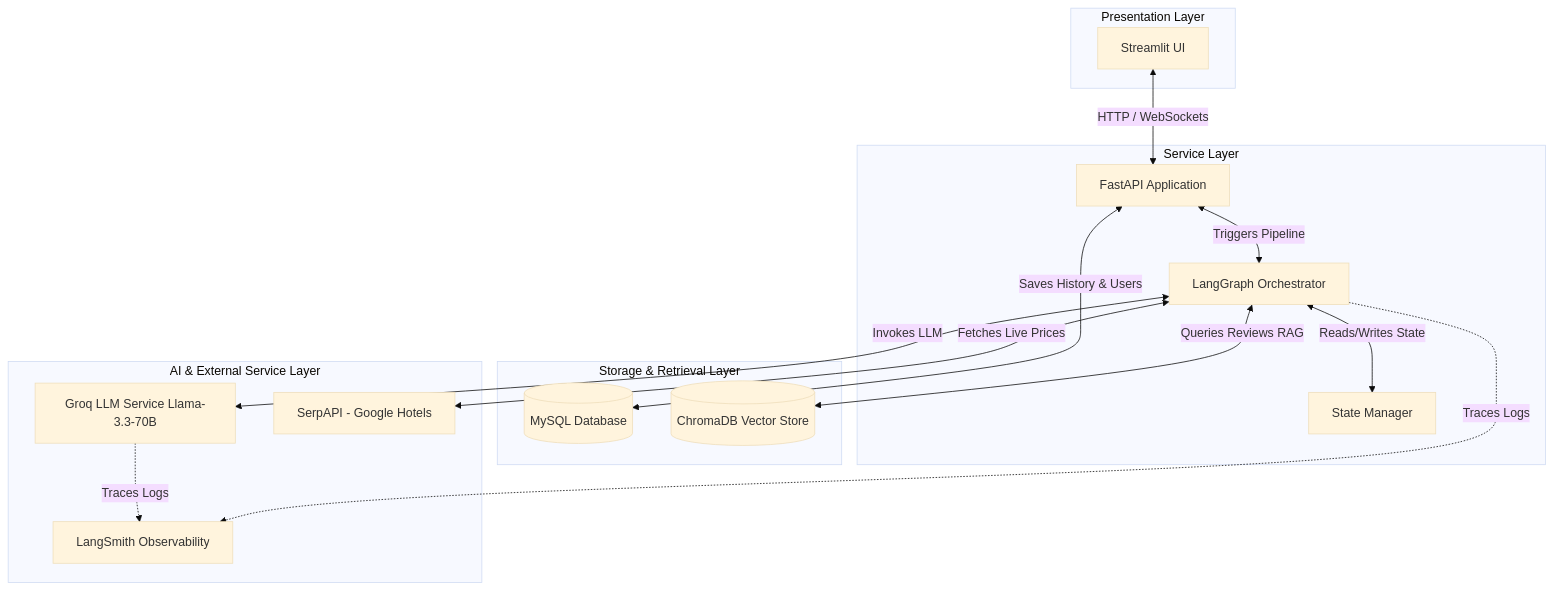
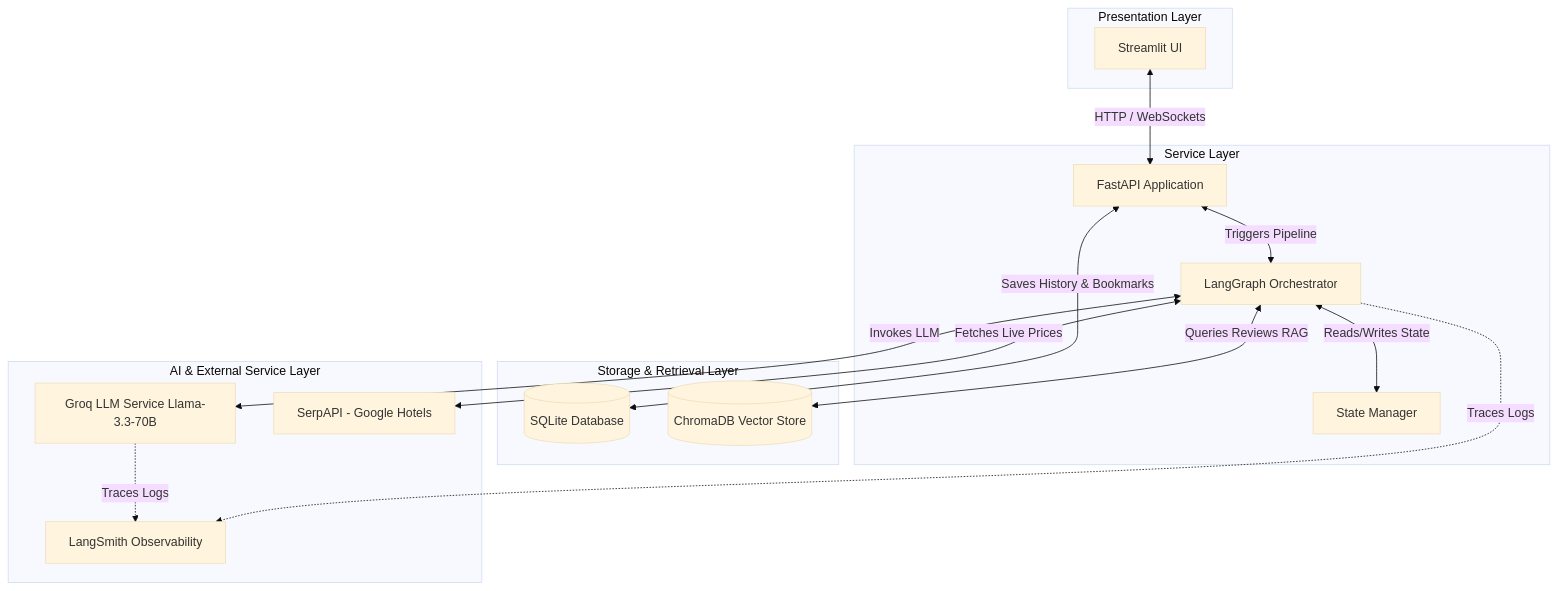
The first of 2 diagrams in README.md (bittush8789/Multi-Agent-Hotel-Recommendation-Platform), drawn with Mermaid (base theme) before and after one commit. The commit also changed other lines of this file and 2 other files, not shown here.

````diff
--- a/README.md
+++ b/README.md
@@ -49,38 +55,38 @@
 ```mermaid
 graph TD
     %% Frontend Layer
     subgraph Frontend [Presentation Layer]
         A[Streamlit UI]
     end
 
     %% API Gateway & Backend
     subgraph Backend [Service Layer]
         B[FastAPI Application]
         C[LangGraph Orchestrator]
         D[State Manager]
     end
 
     %% Storage & Vector DB
     subgraph Database [Storage & Retrieval Layer]
-        E[(MySQL Database)]
+        E[(SQLite Database)]
         F[(ChromaDB Vector Store)]
     end
 
     %% External APIs & AI Engine
     subgraph Engine [AI & External Service Layer]
         G[Groq LLM Service Llama-3.3-70B]
         H[SerpAPI - Google Hotels]
         I[LangSmith Observability]
     end
 
     %% Interconnections
     A <-->|HTTP / WebSockets| B
     B <-->|Triggers Pipeline| C
     C <-->|Reads/Writes State| D
     C <-->|Invokes LLM| G
     C <-->|Queries Reviews RAG| F
     C <-->|Fetches Live Prices| H
-    B <-->|Saves History & Users| E
+    B <-->|Saves History & Bookmarks| E
     G -.->|Traces Logs| I
     C -.->|Traces Logs| I
 ```
````
